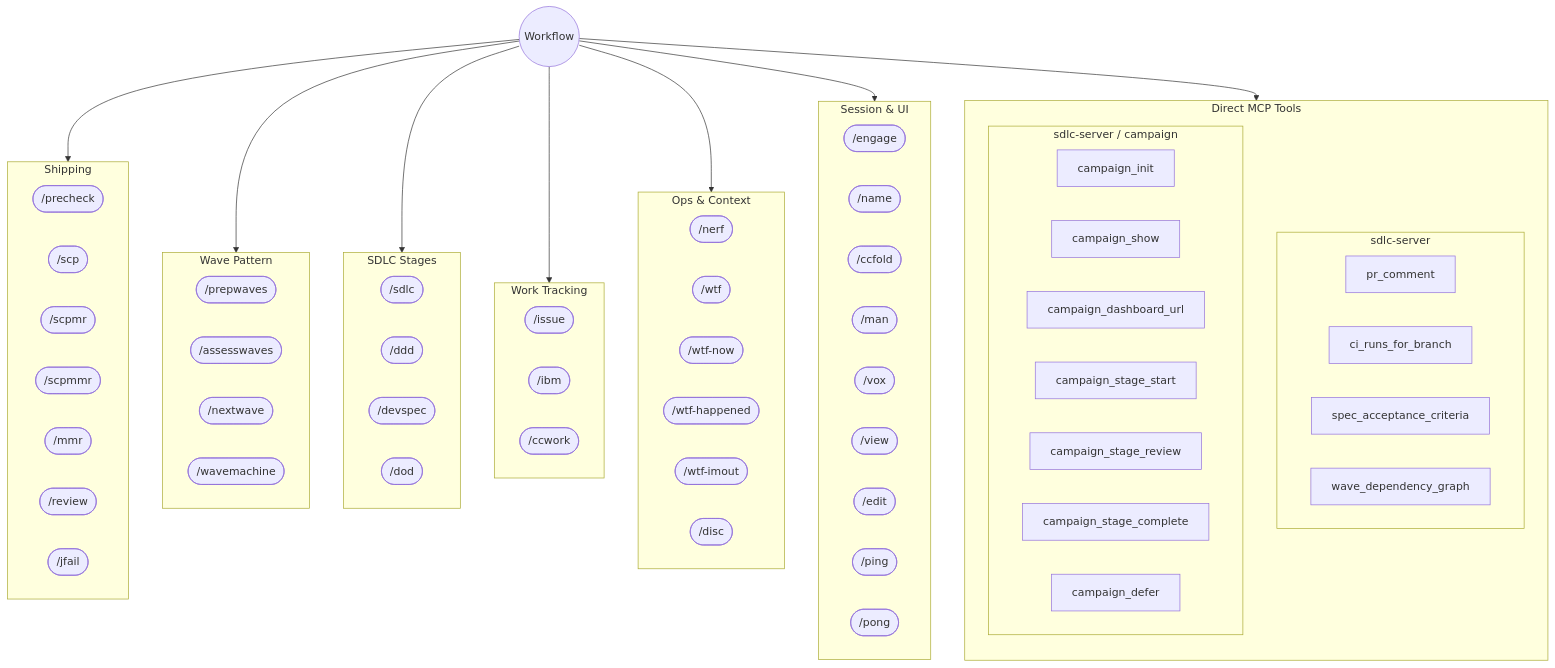
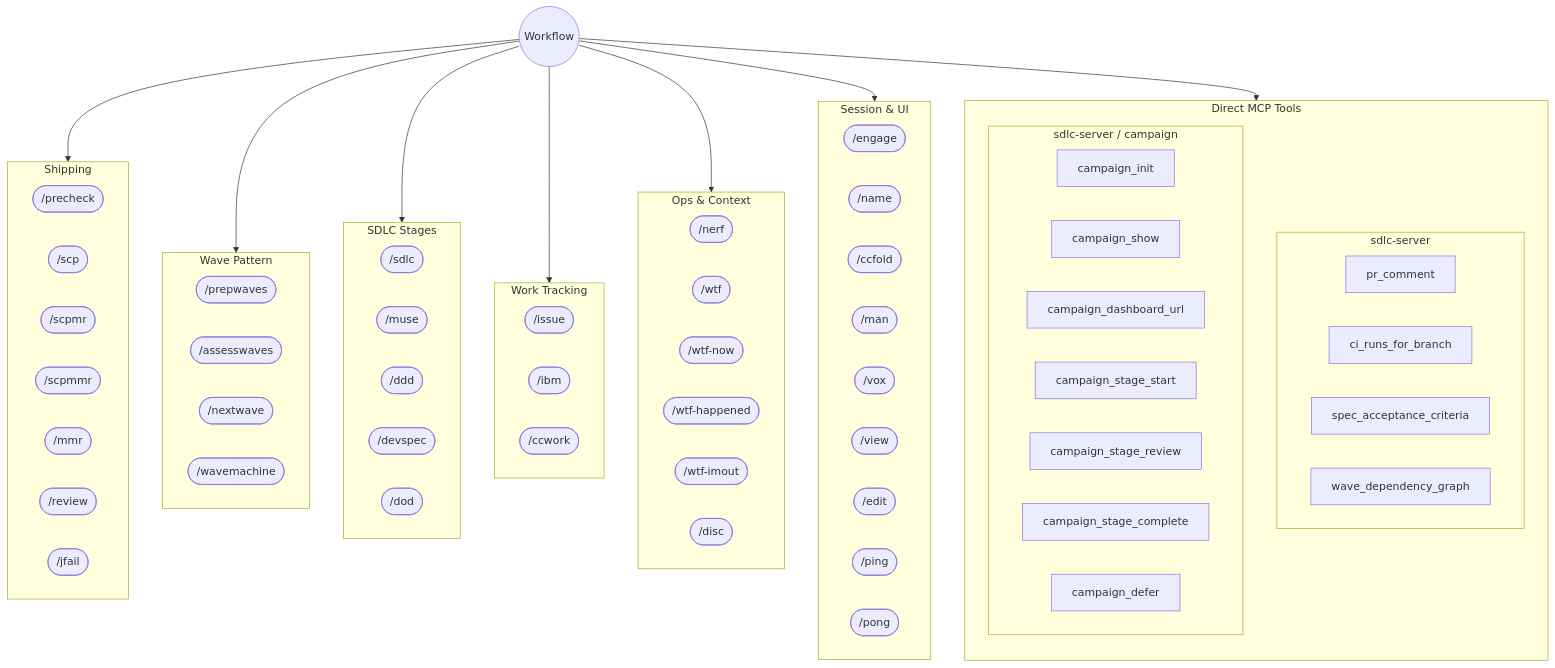
Before and after one commit to Wave-Engineering/claudecode-workflow: the diagram in docs/tool-skill-map.md, drawn with Mermaid. The commit also changed other lines of this file and 7 other files, not shown here.

```diff
--- a/docs/tool-skill-map.md
+++ b/docs/tool-skill-map.md
@@ -32,6 +32,7 @@
 
   subgraph stages ["SDLC Stages"]
     sdlc([/sdlc])
+    muse([/muse])
     ddd([/ddd])
     devspec([/devspec])
     dod([/dod])
```
